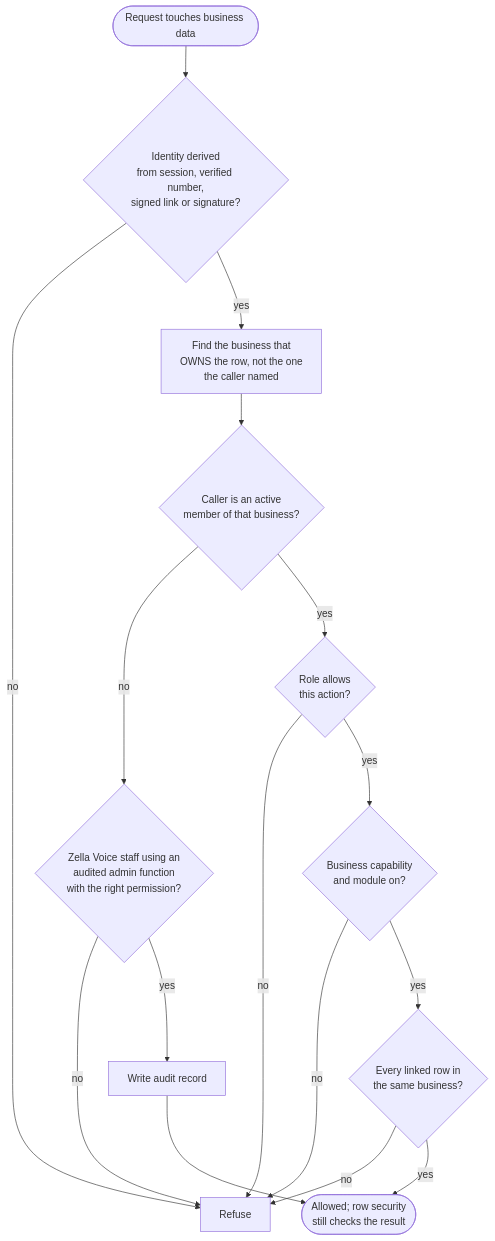
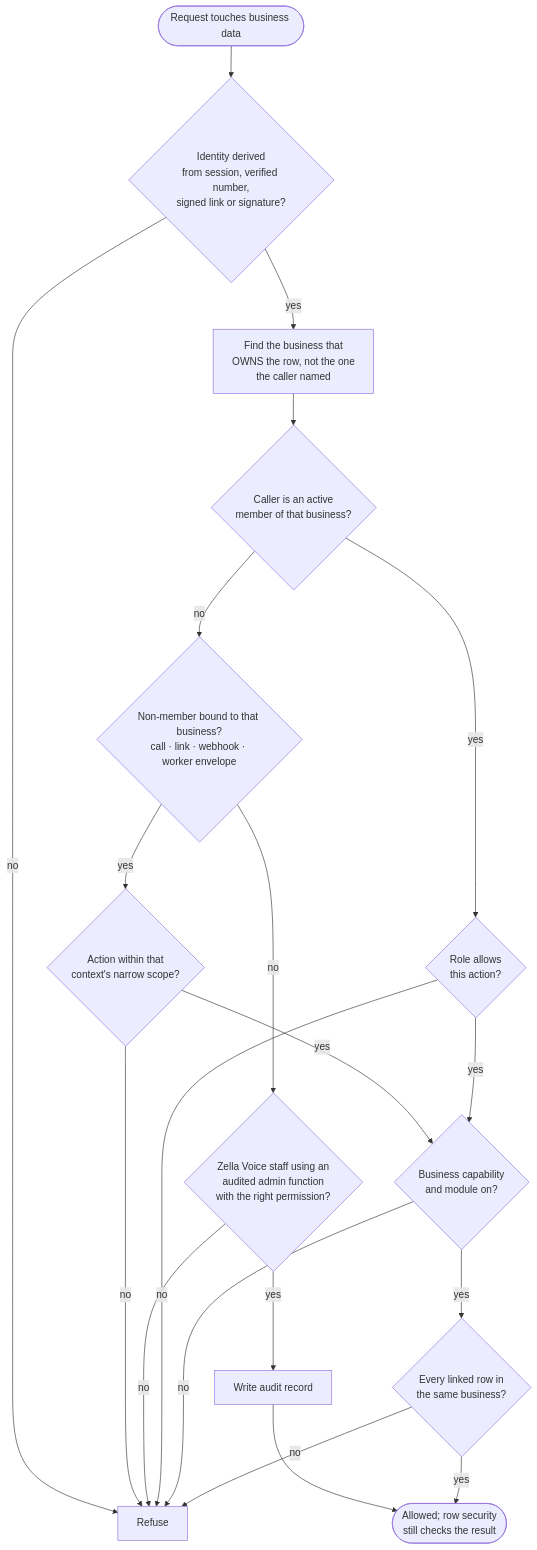
One commit to singhdhruv525-source/Zella-AI changed the fifth of 15 diagrams in ZELLA_VOICE_RULES.md. Above: the diagram before and after it, drawn with Mermaid. The commit also changed 1 other file, not shown here.

Commit message:
Distinguish member and non-member authorization everywhere
TEN-3 already defined the non-member checks; make the Part 5 gate diagram,
architecture 6.3, REQ-DB-ISO-02, the 6.13 acceptance row and the 30
function-list note agree with it, keeping every check bound to the
business that owns the row. Follow-up to CodeRabbit's reply on PR 37.

Claude-Session: https://claude.ai/code/session_01MYG5NQqqzuDW5S9qj14eRN

````diff
--- a/ZELLA_VOICE_RULES.md
+++ b/ZELLA_VOICE_RULES.md
@@ -214,17 +214,21 @@
 ```mermaid
 flowchart TD
   r([Request touches business data]) --> id{Identity derived<br/>from session, verified number,<br/>signed link or signature?}
   id -- no --> x[Refuse]
   id -- yes --> row[Find the business that<br/>OWNS the row, not the one<br/>the caller named]
   row --> mem{Caller is an active<br/>member of that business?}
-  mem -- no --> adm{Zella Voice staff using an<br/>audited admin function<br/>with the right permission?}
+  mem -- no --> nm{Non-member bound to that business?<br/>call · link · webhook · worker envelope}
+  nm -- yes --> scope{Action within that<br/>context's narrow scope?}
+  scope -- no --> x
+  scope -- yes --> cap
+  nm -- no --> adm{Zella Voice staff using an<br/>audited admin function<br/>with the right permission?}
   adm -- no --> x
   adm -- yes --> audit[Write audit record] --> ok
   mem -- yes --> role{Role allows<br/>this action?}
   role -- no --> x
   role -- yes --> cap{Business capability<br/>and module on?}
   cap -- no --> x
   cap -- yes --> link{Every linked row in<br/>the same business?}
   link -- no --> x
   link -- yes --> ok([Allowed; row security<br/>still checks the result])
 ```
````
